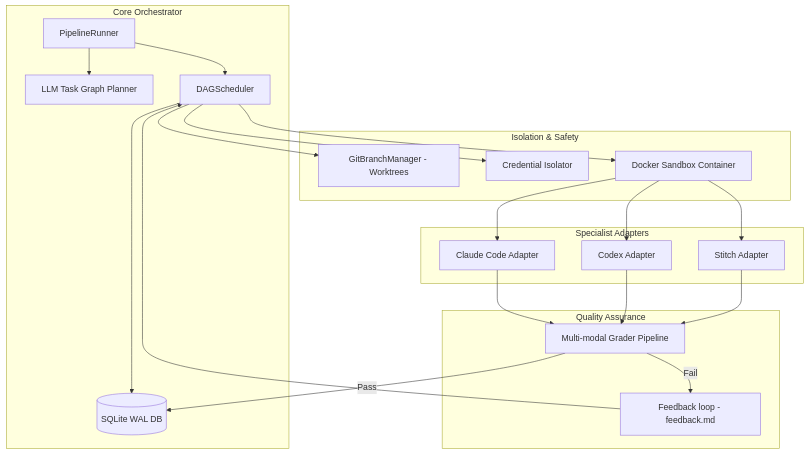
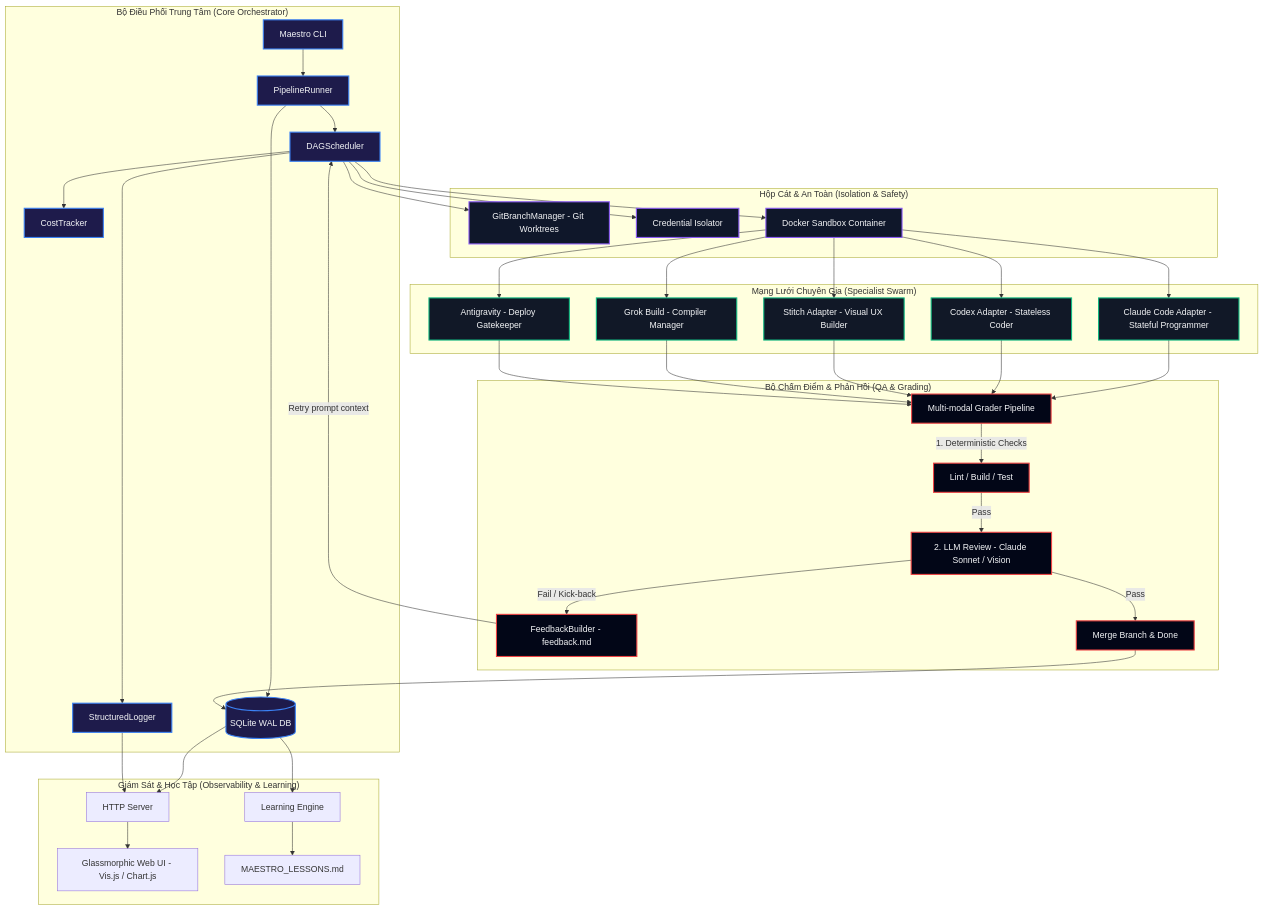
The diagram in README.md (khoitran3172/maestro), drawn with Mermaid before and after one commit. The commit also changed other lines of this file, not shown here.

Commit message:
Docs: Update README with comprehensive system design, schemas, and diagrams

````diff
--- a/README.md
+++ b/README.md
@@ -64,26 +50,54 @@
 ```mermaid
 graph TD
-    subgraph Core Orchestrator
-        Runner[PipelineRunner] --> Planner[LLM Task Graph Planner]
+    %% Styling definitions
+    classDef core fill:#1e1b4b,stroke:#3b82f6,stroke-width:2px,color:#f3f4f6;
+    classDef isolate fill:#0f172a,stroke:#8b5cf6,stroke-width:2px,color:#f3f4f6;
+    classDef spec fill:#111827,stroke:#10b981,stroke-width:2px,color:#f3f4f6;
+    classDef qa fill:#020617,stroke:#ef4444,stroke-width:2px,color:#f3f4f6;
+    
+    subgraph Core_Orchestrator["Bộ Điều Phối Trung Tâm (Core Orchestrator)"]
+        CLI[Maestro CLI] --> Runner[PipelineRunner]
+        Runner --> Store[(SQLite WAL DB)]
         Runner --> Scheduler[DAGScheduler]
-        Scheduler --> Store[(SQLite WAL DB)]
+        Scheduler --> Tracker[CostTracker]
+        Scheduler --> Logger[StructuredLogger]
     end
 
-    subgraph Isolation & Safety
-        Scheduler --> Git[GitBranchManager - Worktrees]
+    subgraph Isolation_Safety["Hộp Cát & An Toàn (Isolation & Safety)"]
+        Scheduler --> Git[GitBranchManager - Git Worktrees]
         Scheduler --> Filter[Credential Isolator]
-        Scheduler --> Docker[Docker Sandbox Container]
+        Scheduler --> Sandbox[Docker Sandbox Container]
     end
 
-    subgraph Specialist Adapters
-        Docker --> ClaudeCode[Claude Code Adapter]
-        Docker --> Codex[Codex Adapter]
-        Docker --> Stitch[Stitch Adapter]
+    subgraph Specialist_Swarm["Mạng Lưới Chuyên Gia (Specialist Swarm)"]
+        Sandbox --> Claude[Claude Code Adapter - Stateful Programmer]
+        Sandbox --> Codex[Codex Adapter - Stateless Coder]
+        Sandbox --> Stitch[Stitch Adapter - Visual UX Builder]
+        Sandbox --> Grok[Grok Build - Compiler Manager]
+        Sandbox --> Anti[Antigravity - Deploy Gatekeeper]
     end
 
-    subgraph Quality Assurance
-        ClaudeCode & Codex & Stitch --> Grader[Multi-modal Grader Pipeline]
-        Grader -->|Pass| Store
-        Grader -->|Fail| Loop[Feedback loop - feedback.md] --> Scheduler
+    subgraph Quality_Grading["Bộ Chấm Điểm & Phản Hồi (QA & Grading)"]
+        Claude & Codex & Stitch & Grok & Anti --> Grader[Multi-modal Grader Pipeline]
+        Grader -->|1. Deterministic Checks| Local[Lint / Build / Test]
+        Local -->|Pass| LLM[2. LLM Review - Claude Sonnet / Vision]
+        LLM -->|Fail / Kick-back| Feedback[FeedbackBuilder - feedback.md]
+        Feedback -->|Retry prompt context| Scheduler
+        LLM -->|Pass| Success[Merge Branch & Done]
+        Success --> Store
     end
+
+    subgraph Observability_Portal["Giám Sát & Học Tập (Observability & Learning)"]
+        Store --> DashboardServer[HTTP Server]
+        Logger --> DashboardServer
+        DashboardServer --> UI[Glassmorphic Web UI - Vis.js / Chart.js]
+        Store --> Learning[Learning Engine]
+        Learning --> Lessons[MAESTRO_LESSONS.md]
+    end
+
+    %% Class Assignment
+    class CLI,Runner,Store,Scheduler,Tracker,Logger core;
+    class Git,Filter,Sandbox isolate;
+    class Claude,Codex,Stitch,Grok,Anti spec;
+    class Grader,Local,LLM,Feedback,Success qa;
 ```
````
